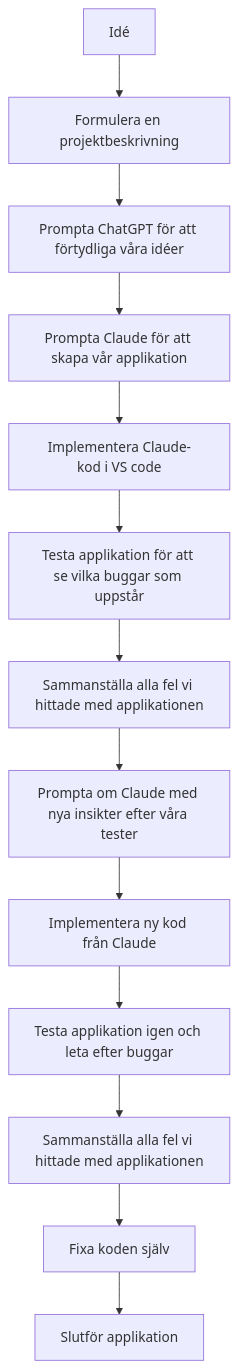
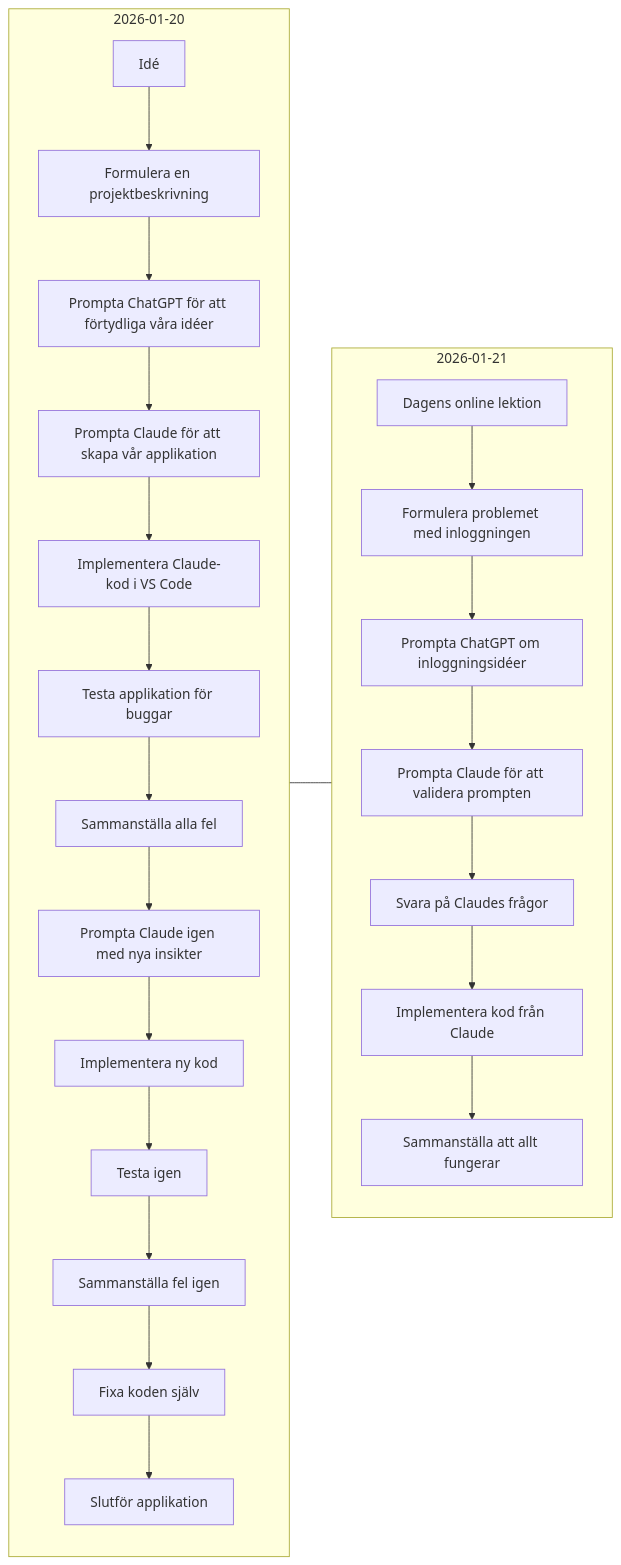
The diagram in flödesschema.md (LiamW11/snurrahjul), drawn with Mermaid before and after one commit. The commit also changed other lines of this file, not shown here.

Commit message:
uppdaterat layout på flödesschema

````diff
--- a/flödesschema.md
+++ b/flödesschema.md
@@ -3,19 +3,29 @@
 ```mermaid
-flowchart TD
-    A[Idé] --> B[Formulera en projektbeskrivning];
+flowchart LR
 
-    B --> C[Prompta ChatGPT för att förtydliga våra idéer];
-    C --> D[Prompta Claude för att skapa vår applikation];
+subgraph D1[2026-01-20]
+    A1[Idé] --> B1[Formulera en projektbeskrivning]
+    B1 --> C1[Prompta ChatGPT för att förtydliga våra idéer]
+    C1 --> D1b[Prompta Claude för att skapa vår applikation]
+    D1b --> E1[Implementera Claude-kod i VS Code]
+    E1 --> F1[Testa applikation för buggar]
+    F1 --> G1[Sammanställa alla fel]
+    G1 --> H1[Prompta Claude igen med nya insikter]
+    H1 --> I1[Implementera ny kod]
+    I1 --> J1[Testa igen]
+    J1 --> K1[Sammanställa fel igen]
+    K1 --> L1[Fixa koden själv]
+    L1 --> M1[Slutför applikation]
+end
 
-    D --> E[Implementera Claude-kod i VS code];
-    E --> F[Testa applikation för att se vilka buggar som uppstår];
-    F --> G[Sammanställa alla fel vi hittade med applikationen]
+subgraph D2[2026-01-21]
+    A2[Dagens online lektion] --> B2[Formulera problemet med inloggningen]
+    B2 --> C2[Prompta ChatGPT om inloggningsidéer]
+    C2 --> D2b[Prompta Claude för att validera prompten]
+    D2b --> E2[Svara på Claudes frågor]
+    E2 --> F2[Implementera kod från Claude]
+    F2 --> G2[Sammanställa att allt fungerar]
+end
 
-    G --> H[Prompta om Claude med nya insikter efter våra tester];
-    H --> I[Implementera ny kod från Claude];
-    I --> J[Testa applikation igen och leta efter buggar];
-    J --> K[Sammanställa alla fel vi hittade med applikationen]
-
-    K --> L[Fixa koden själv];
-    L --> M[Slutför applikation];
+D1 --- D2
 ```
````
